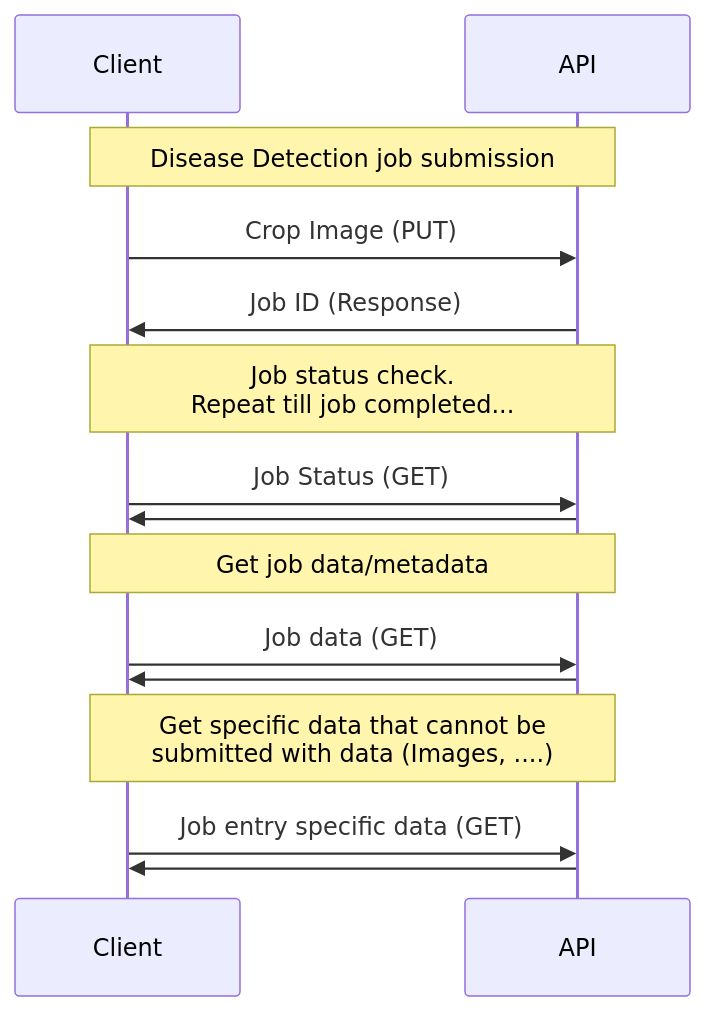
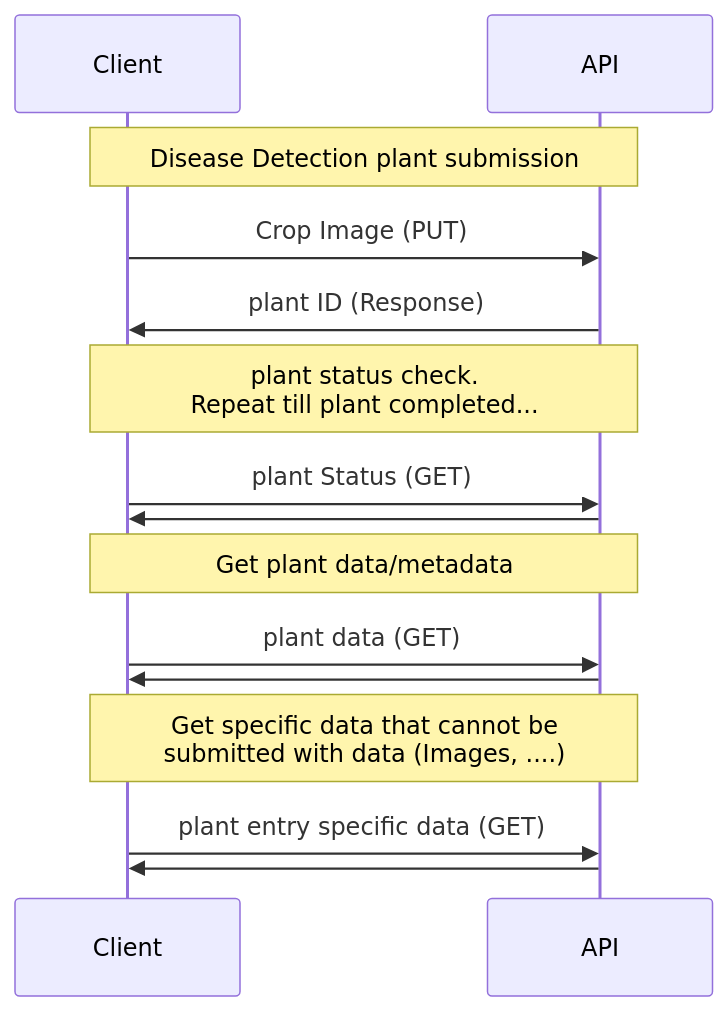
One commit to AgRobotics-Lab-in-BBE-UMN/gopher-eye-server changed the diagram in docs/DiseaseDetectionAPI.md. Above: the diagram before and after it, drawn with Mermaid. The commit also changed other lines of this file and 11 other files, not shown here.

````diff
--- a/docs/DiseaseDetectionAPI.md
+++ b/docs/DiseaseDetectionAPI.md
@@ -6,21 +6,21 @@
 ```mermaid
 sequenceDiagram
 participant c as Client
 participant a as API
-note over c, a: Disease Detection job submission
+note over c, a: Disease Detection plant submission
 c->>a: Crop Image (PUT)
-a->>c: Job ID (Response)
+a->>c: plant ID (Response)
 
-note over c, a: Job status check. <br> Repeat till job completed...
-c->>a: Job Status (GET)
+note over c, a: plant status check. <br> Repeat till plant completed...
+c->>a: plant Status (GET)
 a->>c: 
 
-note over c, a: Get job data/metadata
-c->>a: Job data (GET)
+note over c, a: Get plant data/metadata
+c->>a: plant data (GET)
 a->>c: 
 
 note over c, a: Get specific data that cannot be <br> submitted with data (Images, ....)
-c->>a: Job entry specific data (GET)
+c->>a: plant entry specific data (GET)
 a->>c: 
 
 ```
````
